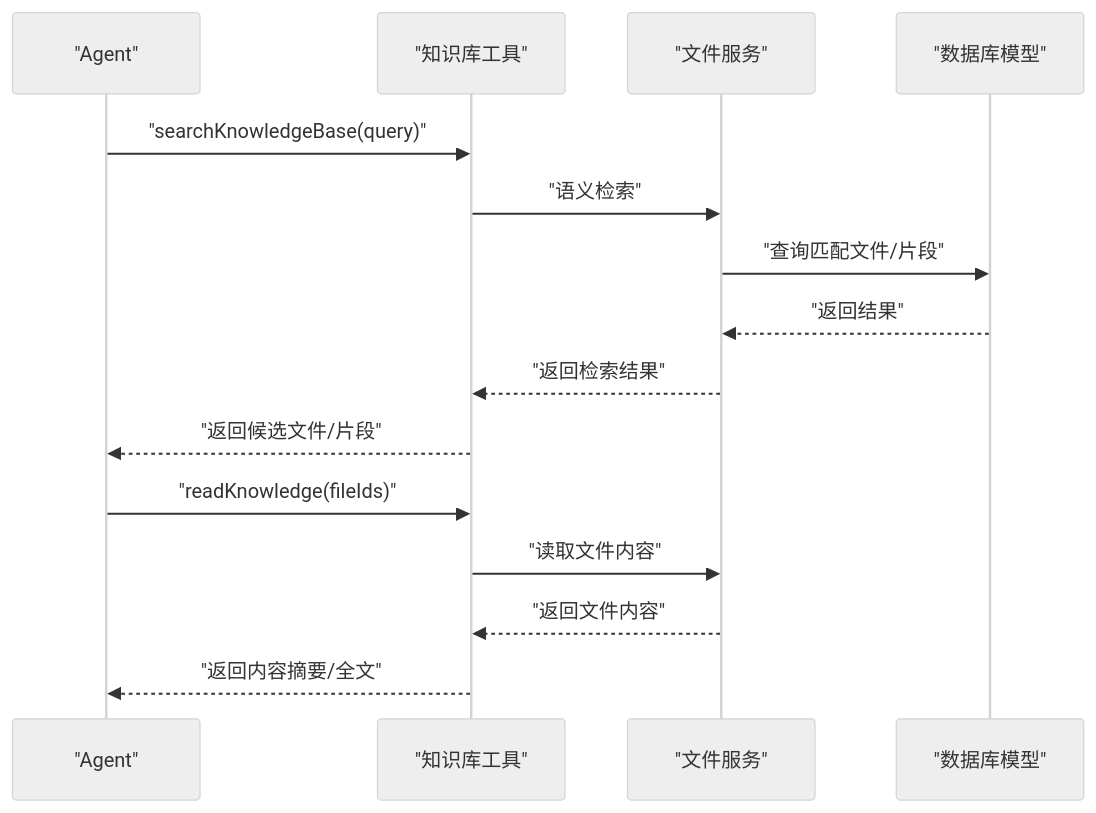
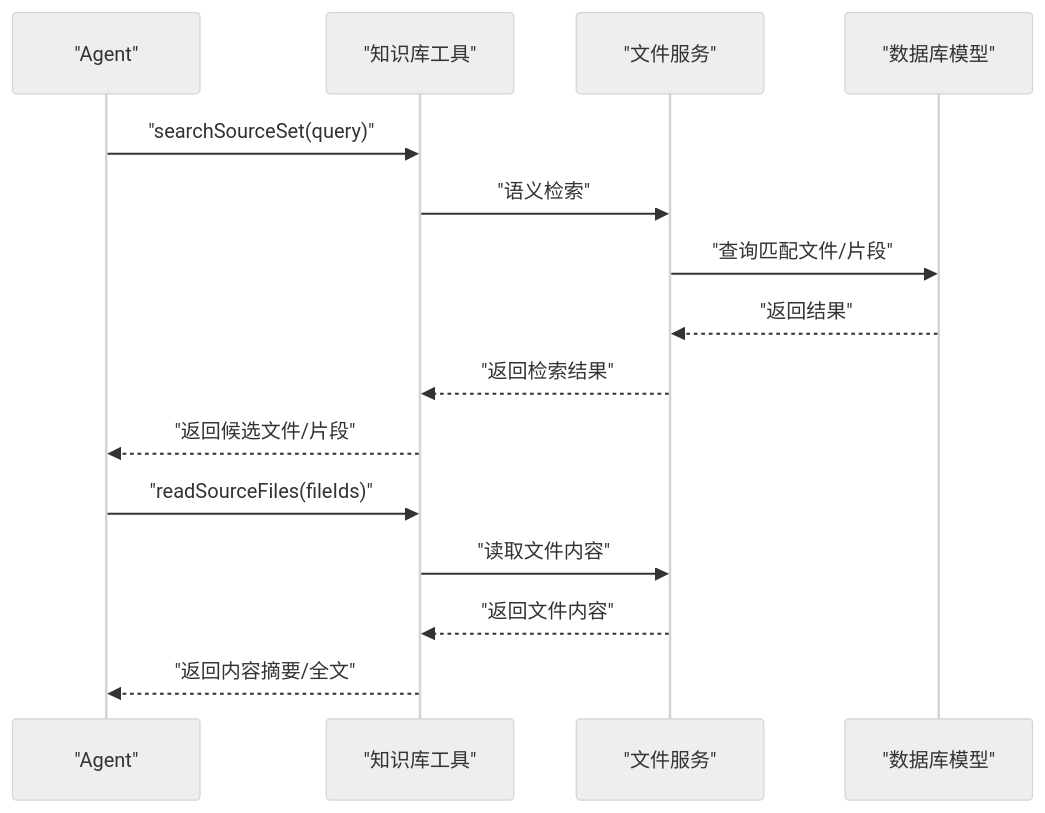
The seventh of 8 diagrams in .qoder/repowiki/zh/content/数据库设计/数据模型/知识管理体系/知识管理流程.md (AvatoLabs/avato), drawn with Mermaid (neutral theme) before and after one commit. The commit also changed other lines of this file and 1304 other files, not shown here.

Commit message:
🐛 fix: resolve table sheet operations and refactor content architecture

````diff
--- a/.qoder/repowiki/zh/content/数据库设计/数据模型/知识管理体系/知识管理流程.md
+++ b/.qoder/repowiki/zh/content/数据库设计/数据模型/知识管理体系/知识管理流程.md
@@ -250,17 +273,17 @@
 ```mermaid
 sequenceDiagram
 participant Agent as "Agent"
 participant Tool as "知识库工具"
 participant API as "文件服务"
 participant DB as "数据库模型"
-Agent->>Tool : "searchKnowledgeBase(query)"
+Agent->>Tool : "searchSourceSet(query)"
 Tool->>API : "语义检索"
 API->>DB : "查询匹配文件/片段"
 DB-->>API : "返回结果"
 API-->>Tool : "返回检索结果"
 Tool-->>Agent : "返回候选文件/片段"
-Agent->>Tool : "readKnowledge(fileIds)"
+Agent->>Tool : "readSourceFiles(fileIds)"
 Tool->>API : "读取文件内容"
 API-->>Tool : "返回文件内容"
 Tool-->>Agent : "返回内容摘要/全文"
 ```
````
